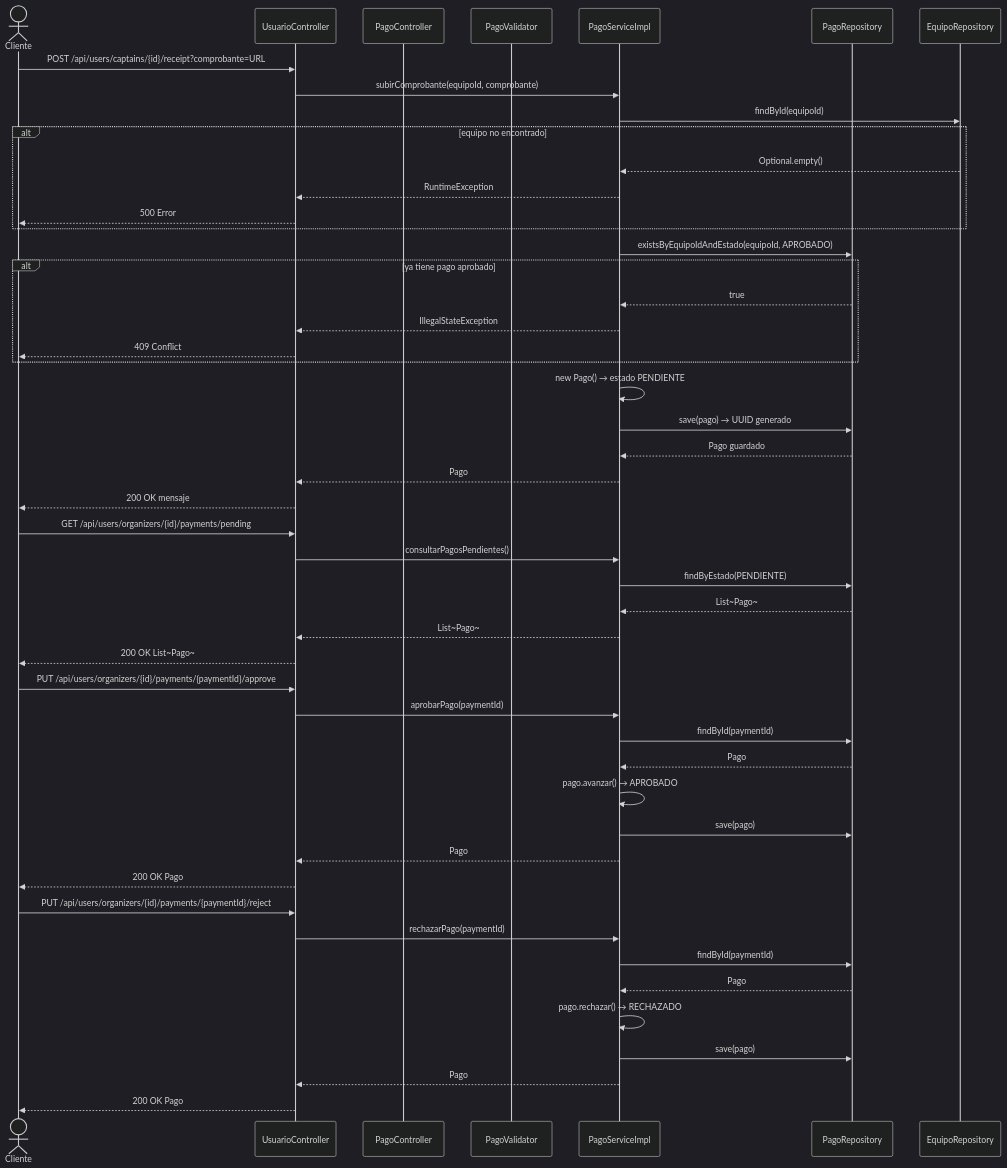
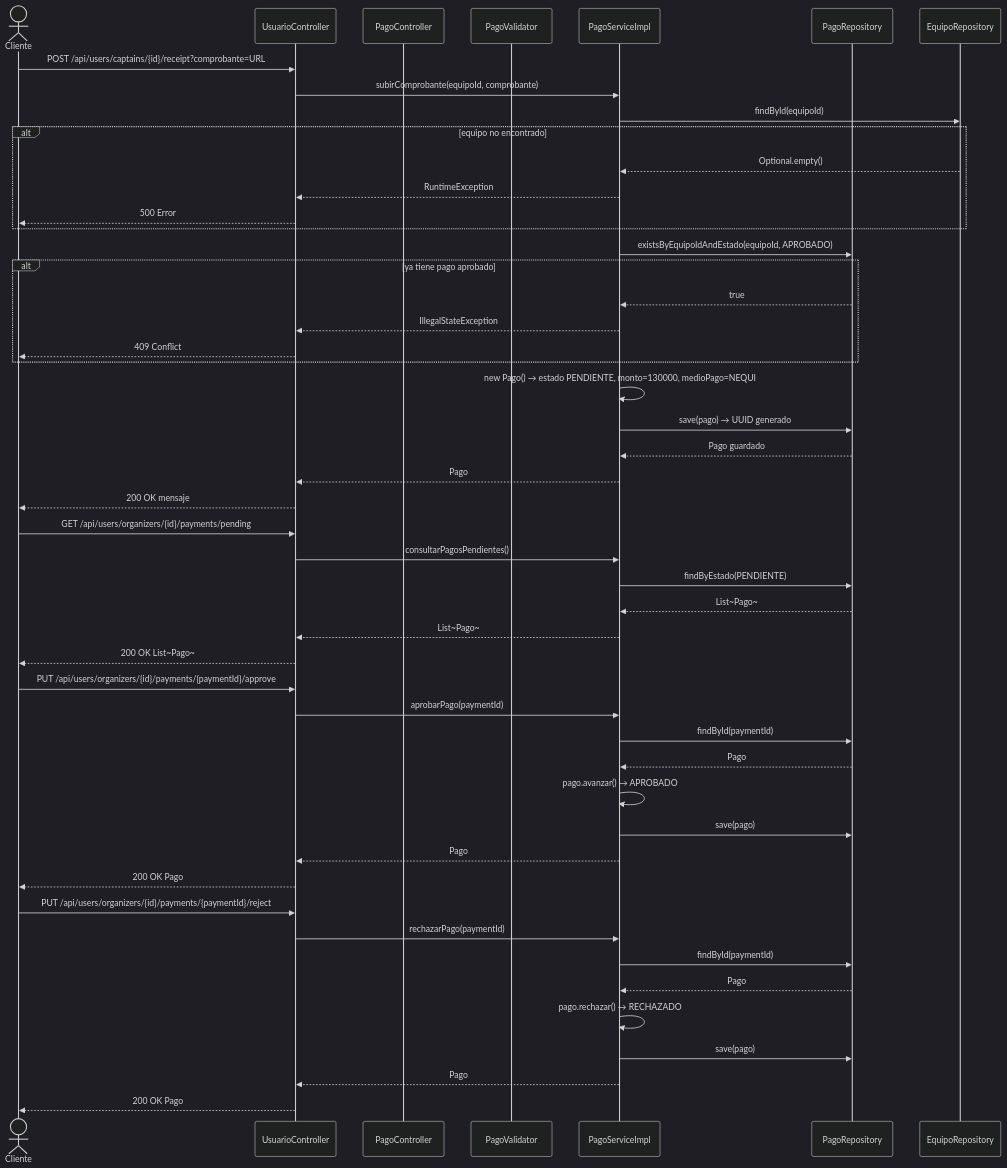
The diagram in docs/uml/diagramas-secuencia/07-pagos.md (nglsz006/SFC_techcup-futbol), drawn with Mermaid (dark theme) before and after one commit. The commit also changed 14 other files, not shown here.

Commit message:
actualizar diagramas: ER, clases, componentes, secuencia y contexto

````diff
--- a/docs/uml/diagramas-secuencia/07-pagos.md
+++ b/docs/uml/diagramas-secuencia/07-pagos.md
@@ -7,59 +7,59 @@
 ```mermaid
 sequenceDiagram
     actor Cliente
     participant UsuarioController
     participant PagoController
     participant PagoValidator
     participant PagoServiceImpl
     participant PagoRepository
     participant EquipoRepository
 
     %% Subir comprobante via capitan
     Cliente->>UsuarioController: POST /api/users/captains/{id}/receipt?comprobante=URL
     UsuarioController->>PagoServiceImpl: subirComprobante(equipoId, comprobante)
     PagoServiceImpl->>EquipoRepository: findById(equipoId)
     alt equipo no encontrado
         EquipoRepository-->>PagoServiceImpl: Optional.empty()
         PagoServiceImpl-->>UsuarioController: RuntimeException
         UsuarioController-->>Cliente: 500 Error
     end
     PagoServiceImpl->>PagoRepository: existsByEquipoIdAndEstado(equipoId, APROBADO)
     alt ya tiene pago aprobado
         PagoRepository-->>PagoServiceImpl: true
         PagoServiceImpl-->>UsuarioController: IllegalStateException
         UsuarioController-->>Cliente: 409 Conflict
     end
-    PagoServiceImpl->>PagoServiceImpl: new Pago() → estado PENDIENTE
+    PagoServiceImpl->>PagoServiceImpl: new Pago() → estado PENDIENTE, monto=130000, medioPago=NEQUI
     PagoServiceImpl->>PagoRepository: save(pago) → UUID generado
     PagoRepository-->>PagoServiceImpl: Pago guardado
     PagoServiceImpl-->>UsuarioController: Pago
     UsuarioController-->>Cliente: 200 OK mensaje
 
     %% Consultar pagos pendientes
     Cliente->>UsuarioController: GET /api/users/organizers/{id}/payments/pending
     UsuarioController->>PagoServiceImpl: consultarPagosPendientes()
     PagoServiceImpl->>PagoRepository: findByEstado(PENDIENTE)
     PagoRepository-->>PagoServiceImpl: List~Pago~
     PagoServiceImpl-->>UsuarioController: List~Pago~
     UsuarioController-->>Cliente: 200 OK List~Pago~
 
     %% Aprobar pago
     Cliente->>UsuarioController: PUT /api/users/organizers/{id}/payments/{paymentId}/approve
     UsuarioController->>PagoServiceImpl: aprobarPago(paymentId)
     PagoServiceImpl->>PagoRepository: findById(paymentId)
     PagoRepository-->>PagoServiceImpl: Pago
     PagoServiceImpl->>PagoServiceImpl: pago.avanzar() → APROBADO
     PagoServiceImpl->>PagoRepository: save(pago)
     PagoServiceImpl-->>UsuarioController: Pago
     UsuarioController-->>Cliente: 200 OK Pago
 
     %% Rechazar pago
     Cliente->>UsuarioController: PUT /api/users/organizers/{id}/payments/{paymentId}/reject
     UsuarioController->>PagoServiceImpl: rechazarPago(paymentId)
     PagoServiceImpl->>PagoRepository: findById(paymentId)
     PagoRepository-->>PagoServiceImpl: Pago
     PagoServiceImpl->>PagoServiceImpl: pago.rechazar() → RECHAZADO
     PagoServiceImpl->>PagoRepository: save(pago)
     PagoServiceImpl-->>UsuarioController: Pago
     UsuarioController-->>Cliente: 200 OK Pago
 ```
````
